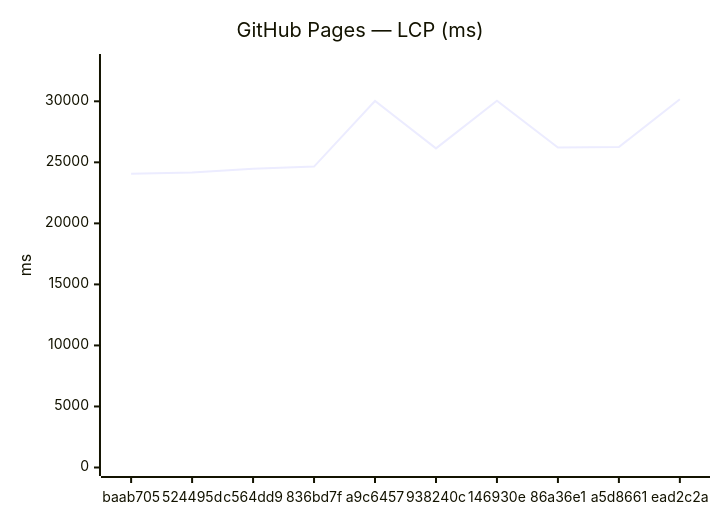
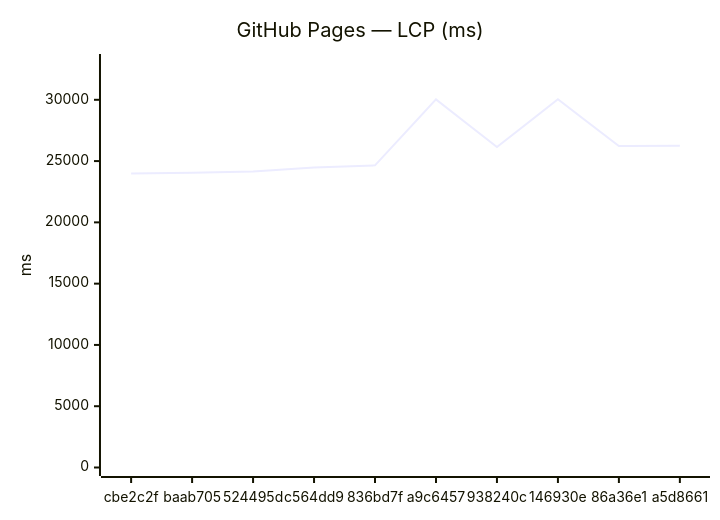
One commit to Metaheurist/Rianell changed the third of 12 diagrams in benchmarks/compare.md. Above: the diagram before and after it, drawn with Mermaid. The commit also changed other lines of this file and 8 other files, not shown here.

````diff
--- a/benchmarks/compare.md
+++ b/benchmarks/compare.md
@@ -54,7 +54,7 @@
 ```mermaid
 xychart-beta
     title "GitHub Pages — LCP (ms)"
-    x-axis ["baab705", "524495d", "c564dd9", "836bd7f", "a9c6457", "938240c", "146930e", "86a36e1", "a5d8661", "ead2c2a"]
-    y-axis "ms" 0 --> 33179
-    line [24058, 24158, 24475, 24652, 30029, 26143, 30039, 26222, 26258, 30162]
+    x-axis ["cbe2c2f", "baab705", "524495d", "c564dd9", "836bd7f", "a9c6457", "938240c", "146930e", "86a36e1", "a5d8661"]
+    y-axis "ms" 0 --> 33043
+    line [23980, 24058, 24158, 24475, 24652, 30029, 26143, 30039, 26222, 26258]
 ```
````
